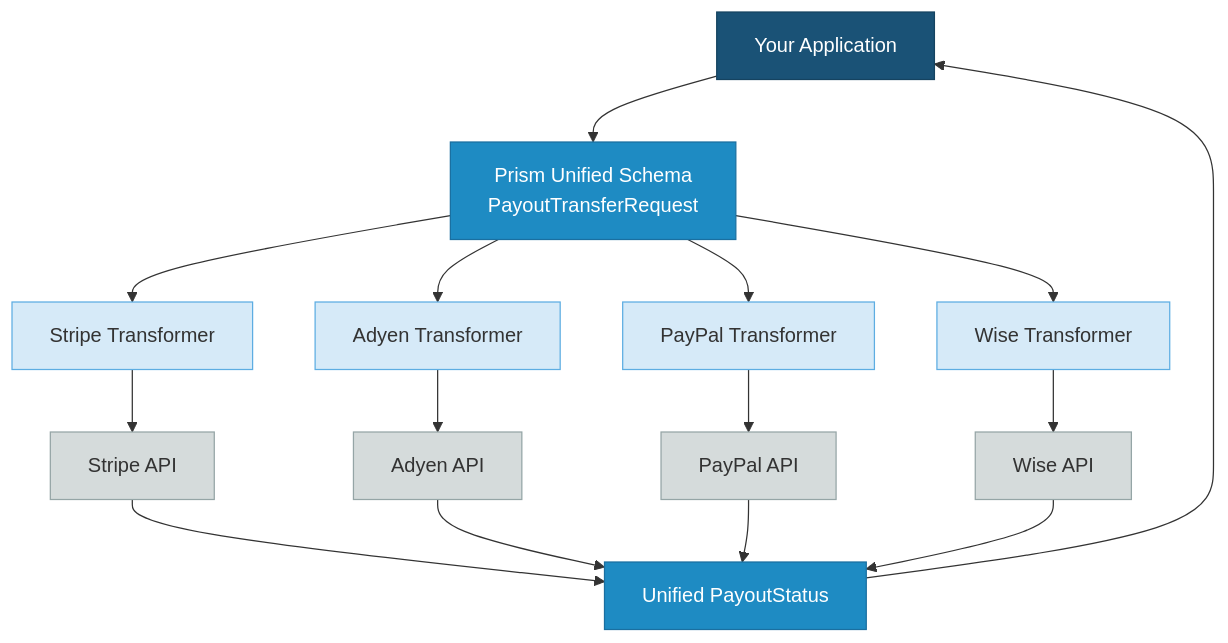
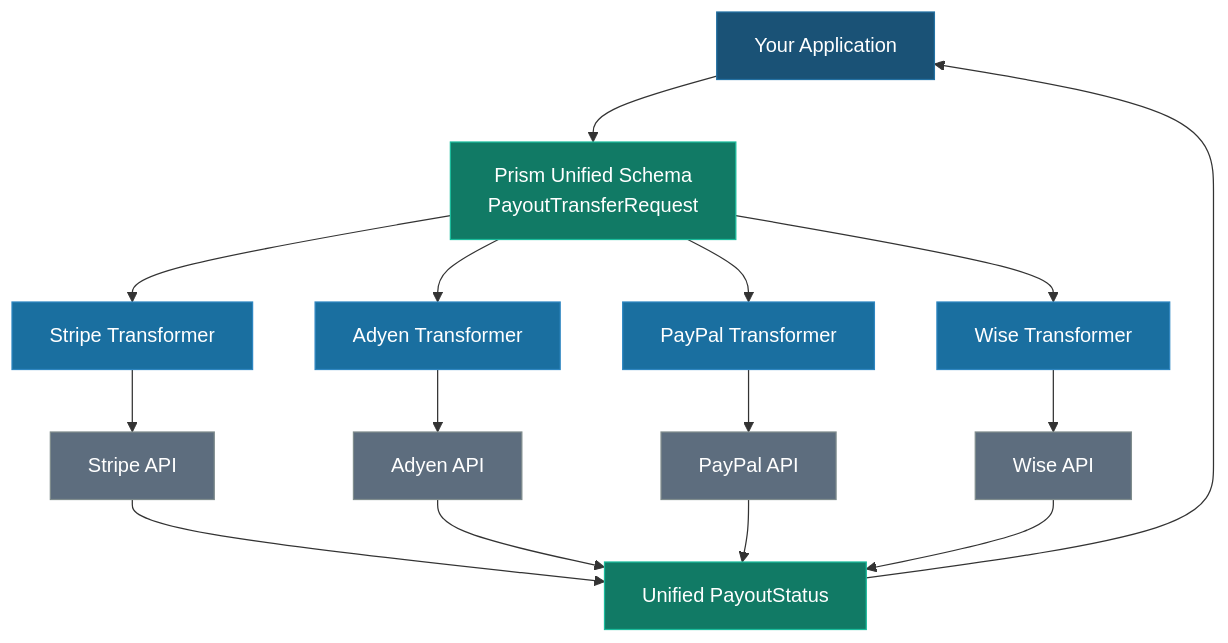
One commit to juspay/hyperswitch-prism changed the second of 2 diagrams in docs/blogs/payout-engineering-with-hyperswitch-prism.md. Above: the diagram before and after it, drawn with Mermaid. The commit also changed other lines of this file, not shown here.

Commit message:
docs: update mermaid diagram colors for dark/light mode compatibility

````diff
--- a/docs/blogs/payout-engineering-with-hyperswitch-prism.md
+++ b/docs/blogs/payout-engineering-with-hyperswitch-prism.md
@@ -90,36 +90,36 @@
 ```mermaid
 graph TB
     App["Your Application"]
     Schema["Prism Unified Schema\nPayoutTransferRequest"]
 
     App --> Schema
 
     Schema --> ST["Stripe Transformer"]
     Schema --> AT["Adyen Transformer"]
     Schema --> PT["PayPal Transformer"]
     Schema --> WT["Wise Transformer"]
 
     ST --> SA["Stripe API"]
     AT --> AA["Adyen API"]
     PT --> PA["PayPal API"]
     WT --> WA["Wise API"]
 
     SA --> Resp["Unified PayoutStatus"]
     AA --> Resp
     PA --> Resp
     WA --> Resp
 
     Resp --> App
 
-    style App fill:#1a5276,color:#fff,stroke:#154360
-    style Schema fill:#1e8bc3,color:#fff,stroke:#1a6fa0
-    style ST fill:#d6eaf8,stroke:#5dade2
-    style AT fill:#d6eaf8,stroke:#5dade2
-    style PT fill:#d6eaf8,stroke:#5dade2
-    style WT fill:#d6eaf8,stroke:#5dade2
-    style SA fill:#d5dbdb,stroke:#95a5a6
-    style AA fill:#d5dbdb,stroke:#95a5a6
-    style PA fill:#d5dbdb,stroke:#95a5a6
-    style WA fill:#d5dbdb,stroke:#95a5a6
-    style Resp fill:#1e8bc3,color:#fff,stroke:#1a6fa0
+    style App fill:#1a5276,color:#fff,stroke:#2471a3
+    style Schema fill:#117a65,color:#fff,stroke:#1abc9c
+    style ST fill:#1a6fa0,color:#fff,stroke:#2e86c1
+    style AT fill:#1a6fa0,color:#fff,stroke:#2e86c1
+    style PT fill:#1a6fa0,color:#fff,stroke:#2e86c1
+    style WT fill:#1a6fa0,color:#fff,stroke:#2e86c1
+    style SA fill:#5d6d7e,color:#fff,stroke:#7f8c8d
+    style AA fill:#5d6d7e,color:#fff,stroke:#7f8c8d
+    style PA fill:#5d6d7e,color:#fff,stroke:#7f8c8d
+    style WA fill:#5d6d7e,color:#fff,stroke:#7f8c8d
+    style Resp fill:#117a65,color:#fff,stroke:#1abc9c
 ```
````
